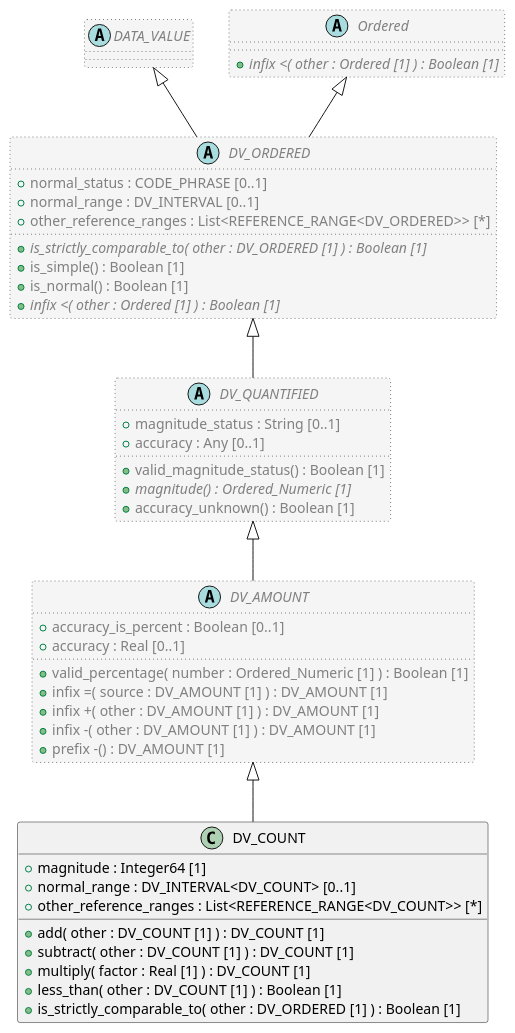
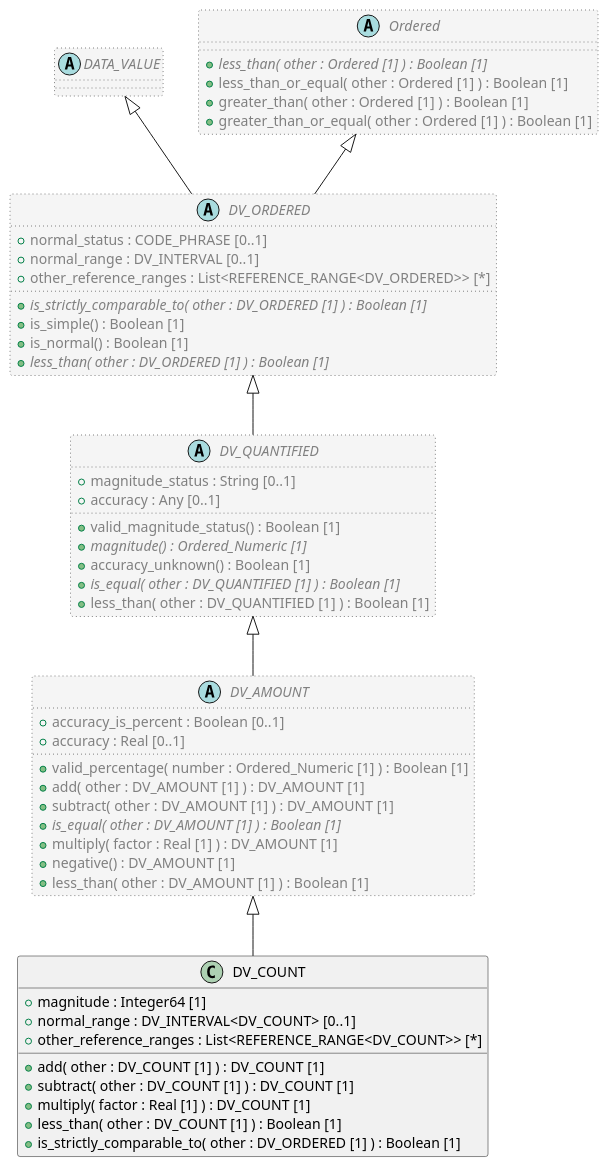
Before and after one commit to sebastian-iancu/code-generator: the diagram in code/Adoc/openehr_rm_1.2.0/plantUML/classes/org.openehr.rm.data_types.dv_count.adoc, drawn with PlantUML. The commit also changed 719 other files, not shown here.

```diff
--- a/code/Adoc/openehr_rm_1.2.0/plantUML/classes/org.openehr.rm.data_types.dv_count.adoc
+++ b/code/Adoc/openehr_rm_1.2.0/plantUML/classes/org.openehr.rm.data_types.dv_count.adoc
@@ -1,63 +1,70 @@
 [plantuml,DV_COUNT,format=svg,svg-type="inline"]
 -----
 @startuml
 
 class DV_COUNT {
   + magnitude : Integer64 [1]
   + normal_range : DV_INTERVAL<DV_COUNT> [0..1]
   + other_reference_ranges : List<REFERENCE_RANGE<DV_COUNT>> [*]
   + add( other : DV_COUNT [1] ) : DV_COUNT [1]
   + subtract( other : DV_COUNT [1] ) : DV_COUNT [1]
   + multiply( factor : Real [1] ) : DV_COUNT [1]
   + less_than( other : DV_COUNT [1] ) : Boolean [1]
   + is_strictly_comparable_to( other : DV_ORDERED [1] ) : Boolean [1]
 }
 
 abstract class DV_AMOUNT  #whitesmoke;line:gray;line.dotted;text:gray {
   + accuracy_is_percent : Boolean [0..1]
   + accuracy : Real [0..1]
   + valid_percentage( number : Ordered_Numeric [1] ) : Boolean [1]
-  + infix =( source : DV_AMOUNT [1] ) : DV_AMOUNT [1]
-  + infix +( other : DV_AMOUNT [1] ) : DV_AMOUNT [1]
-  + infix -( other : DV_AMOUNT [1] ) : DV_AMOUNT [1]
-  + prefix -() : DV_AMOUNT [1]
+  + add( other : DV_AMOUNT [1] ) : DV_AMOUNT [1]
+  + subtract( other : DV_AMOUNT [1] ) : DV_AMOUNT [1]
+  + {abstract} is_equal( other : DV_AMOUNT [1] ) : Boolean [1]
+  + multiply( factor : Real [1] ) : DV_AMOUNT [1]
+  + negative() : DV_AMOUNT [1]
+  + less_than( other : DV_AMOUNT [1] ) : Boolean [1]
 }
 
 abstract class DV_QUANTIFIED  #whitesmoke;line:gray;line.dotted;text:gray {
   + magnitude_status : String [0..1]
   + accuracy : Any [0..1]
   + valid_magnitude_status() : Boolean [1]
   + {abstract} magnitude() : Ordered_Numeric [1]
   + accuracy_unknown() : Boolean [1]
+  + {abstract} is_equal( other : DV_QUANTIFIED [1] ) : Boolean [1]
+  + less_than( other : DV_QUANTIFIED [1] ) : Boolean [1]
 }
 
 abstract class DV_ORDERED  #whitesmoke;line:gray;line.dotted;text:gray {
   + normal_status : CODE_PHRASE [0..1]
   + normal_range : DV_INTERVAL [0..1]
   + other_reference_ranges : List<REFERENCE_RANGE<DV_ORDERED>> [*]
   + {abstract} is_strictly_comparable_to( other : DV_ORDERED [1] ) : Boolean [1]
   + is_simple() : Boolean [1]
   + is_normal() : Boolean [1]
-  + {abstract} infix <( other : Ordered [1] ) : Boolean [1]
+  + {abstract} less_than( other : DV_ORDERED [1] ) : Boolean [1]
 }
 
 abstract class DATA_VALUE  #whitesmoke;line:gray;line.dotted;text:gray {
 }
 
 DATA_VALUE <|-- DV_ORDERED
 
 abstract class Ordered  #whitesmoke;line:gray;line.dotted;text:gray {
-  + {abstract} infix <( other : Ordered [1] ) : Boolean [1]
+  + {abstract} less_than( other : Ordered [1] ) : Boolean [1]
+  + less_than_or_equal( other : Ordered [1] ) : Boolean [1]
+  + greater_than( other : Ordered [1] ) : Boolean [1]
+  + greater_than_or_equal( other : Ordered [1] ) : Boolean [1]
 }
 
 Ordered <|-- DV_ORDERED
 
 DV_ORDERED <|-- DV_QUANTIFIED
 
 DV_QUANTIFIED <|-- DV_AMOUNT
 
 DV_AMOUNT <|-- DV_COUNT
 
 
 @enduml
 -----
```
